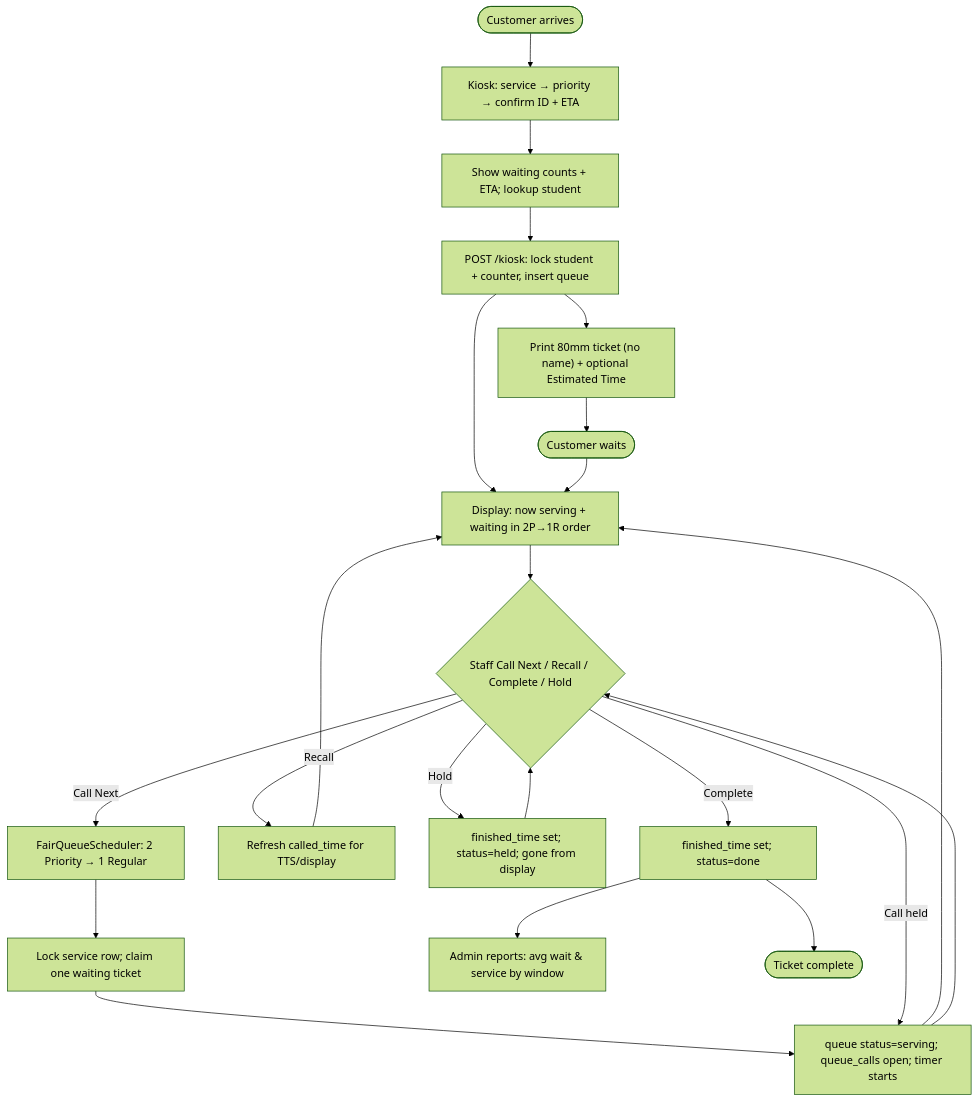
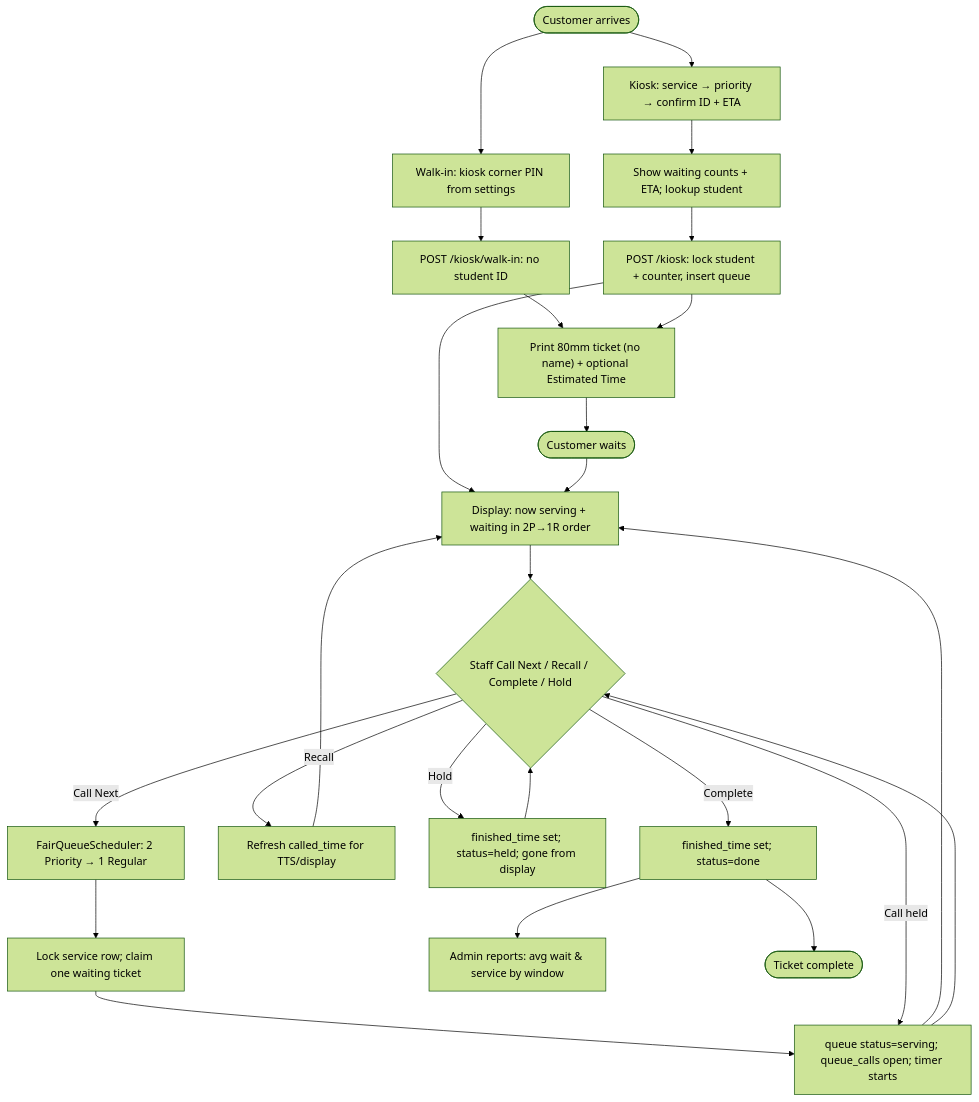
The second of 2 diagrams in README.md (rhems95/queuing-system), drawn with Mermaid (forest theme) before and after one commit. The commit also changed other lines of this file and 51 other files, not shown here.

First line of the commit message:
Add kiosk walk-in PIN and block Guard login.

````diff
--- a/README.md
+++ b/README.md
@@ -317,26 +337,29 @@
 ```mermaid
 flowchart TD
     Start([Customer arrives]) --> Kiosk["Kiosk: service → priority → confirm ID + ETA"]
+    Start --> Walkin["Walk-in: kiosk corner PIN from settings"]
+    Walkin --> WalkIssue["POST /kiosk/walk-in: no student ID"]
     Kiosk --> Est["Show waiting counts + ETA; lookup student"]
     Est --> Issue["POST /kiosk: lock student + counter, insert queue"]
+    WalkIssue --> Print
     Issue --> Print["Print 80mm ticket (no name) + optional Estimated Time"]
     Print --> Wait([Customer waits])
 
     Issue --> Display["Display: now serving + waiting in 2P→1R order"]
     Wait --> Display
 
     Display --> Staff{"Staff Call Next / Recall / Complete / Hold"}
     Staff -->|Call Next| Fair["FairQueueScheduler: 2 Priority → 1 Regular"]
     Fair --> Lock["Lock service row; claim one waiting ticket"]
     Lock --> Serving["queue status=serving; queue_calls open; timer starts"]
     Serving --> Display
     Serving --> Staff
     Staff -->|Recall| Reannounce["Refresh called_time for TTS/display"]
     Reannounce --> Display
     Staff -->|Hold| Held["finished_time set; status=held; gone from display"]
     Held --> Staff
     Staff -->|Call held| Serving
     Staff -->|Complete| Done["finished_time set; status=done"]
     Done --> Reports["Admin reports: avg wait & service by window"]
     Done --> End([Ticket complete])
 ```
````
